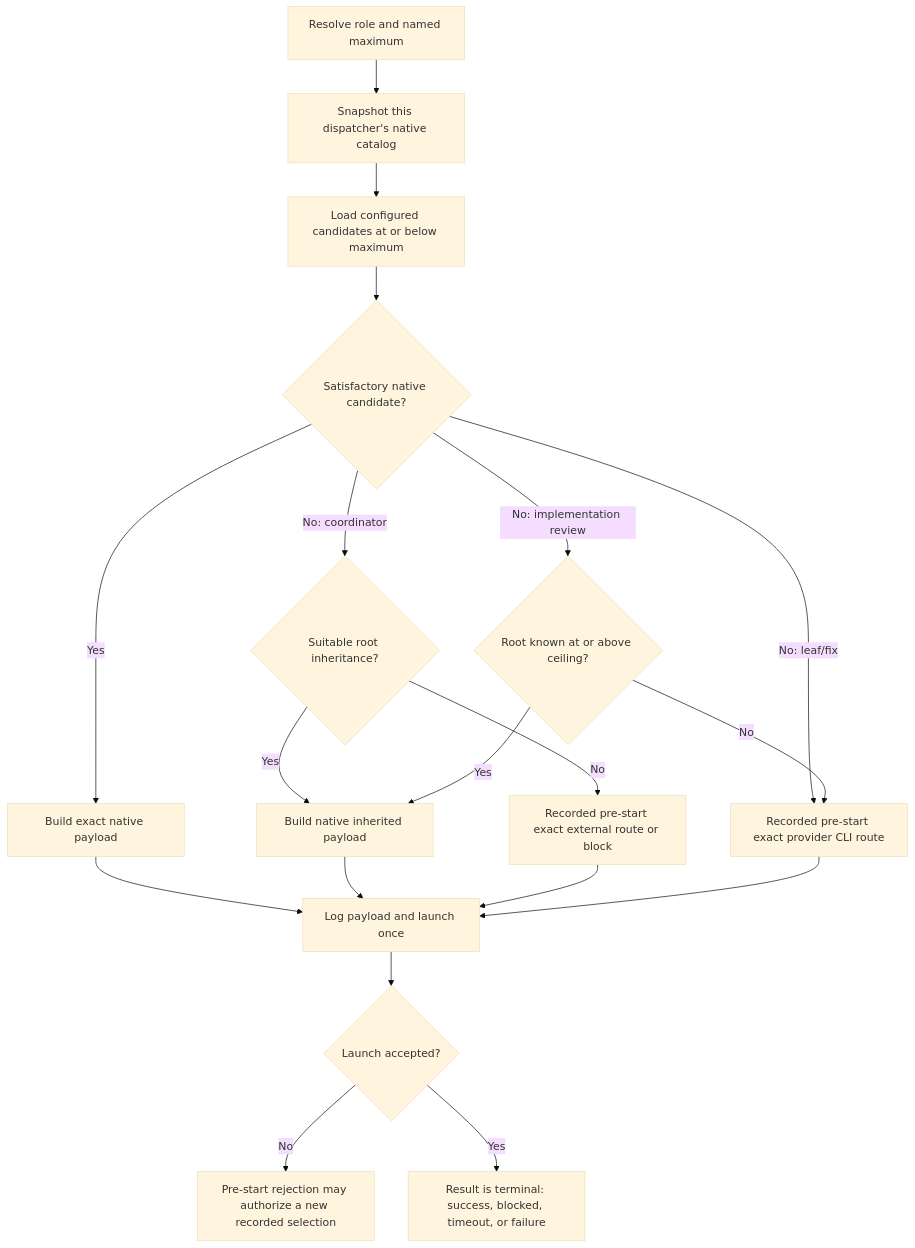
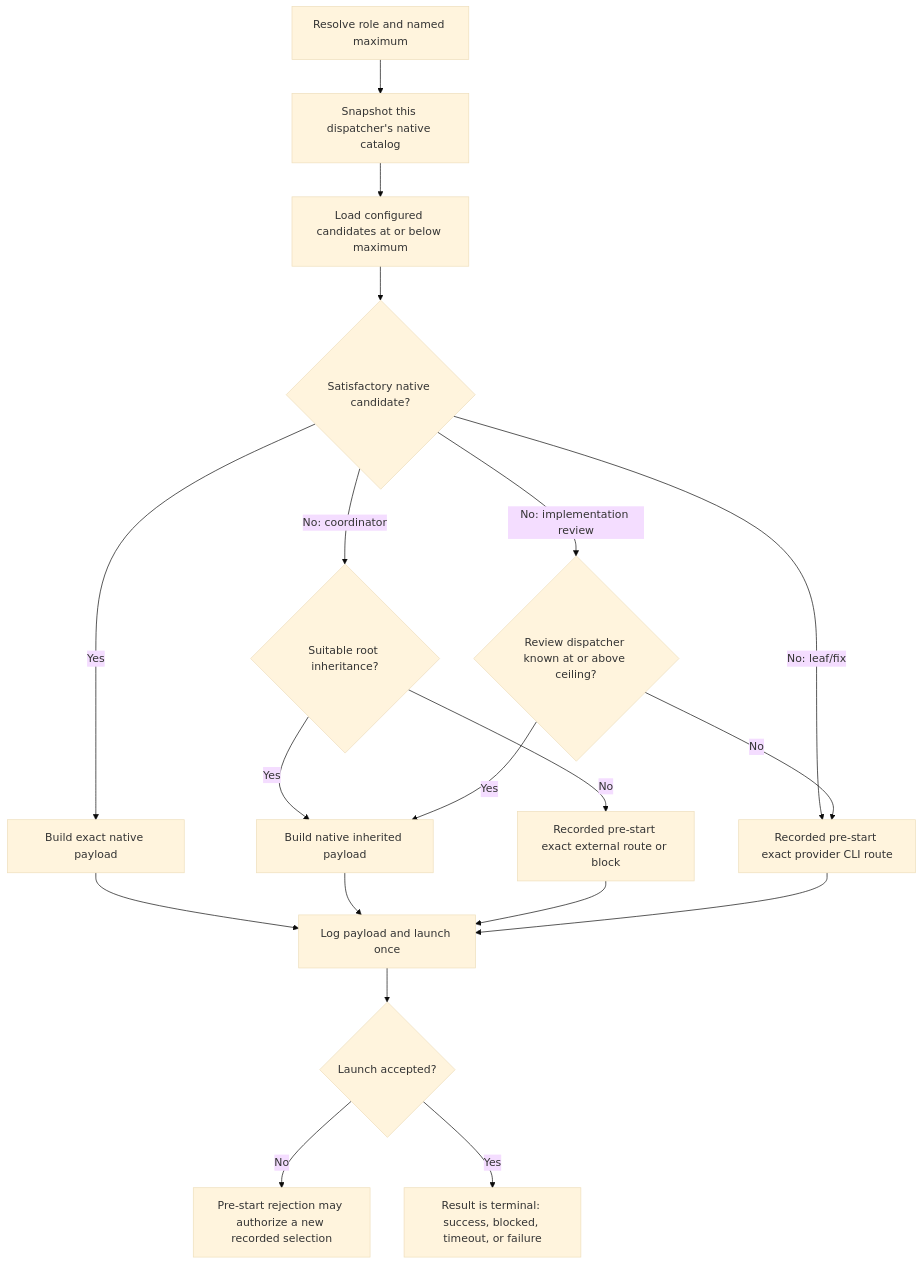
Before and after one commit to voxmedia/open-agent-toolkit: the diagram in .oat/projects/shared/oat-project-fixture/references/dispatching-subagents-draft.md, drawn with Mermaid (base theme). The commit also changed other lines of this file and 12 other files, not shown here.

````diff
--- a/.oat/projects/shared/oat-project-fixture/references/dispatching-subagents-draft.md
+++ b/.oat/projects/shared/oat-project-fixture/references/dispatching-subagents-draft.md
@@ -57,21 +57,21 @@
 ```mermaid
 flowchart TD
   A[Resolve role and named maximum] --> B[Snapshot this dispatcher's native catalog]
   B --> C[Load configured candidates at or below maximum]
   C --> D{Satisfactory native candidate?}
   D -->|Yes| E[Build exact native payload]
   D -->|No: coordinator| F{Suitable root inheritance?}
   F -->|Yes| G[Build native inherited payload]
   F -->|No| H[Recorded pre-start exact external route or block]
   D -->|No: leaf/fix| I[Recorded pre-start exact provider CLI route]
-  D -->|No: implementation review| J{Root known at or above ceiling?}
+  D -->|No: implementation review| J{Review dispatcher known at or above ceiling?}
   J -->|Yes| G
   J -->|No| I
   E --> K[Log payload and launch once]
   G --> K
   H --> K
   I --> K
   K --> L{Launch accepted?}
   L -->|No| M[Pre-start rejection may authorize a new recorded selection]
   L -->|Yes| N[Result is terminal: success, blocked, timeout, or failure]
 ```
````
